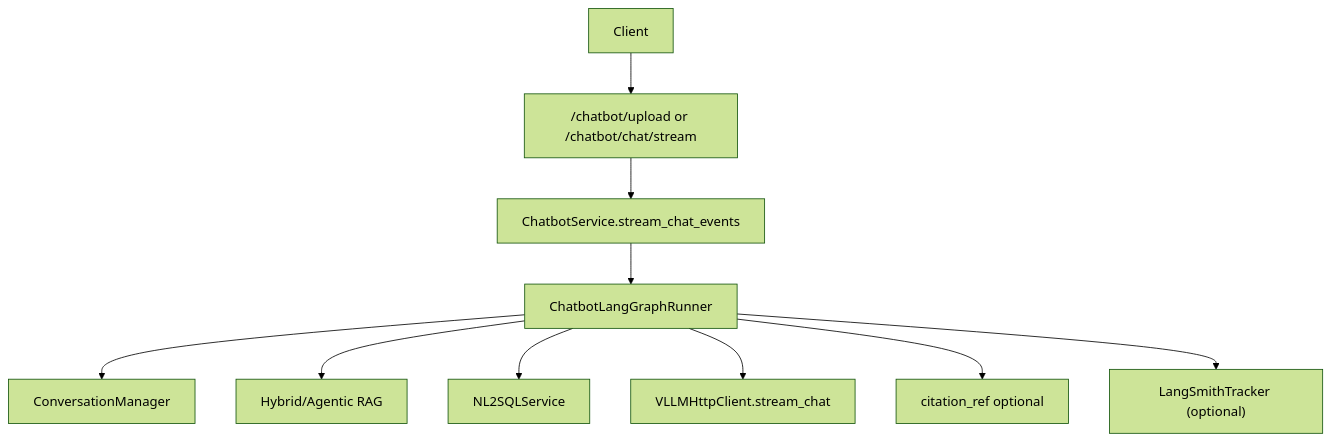
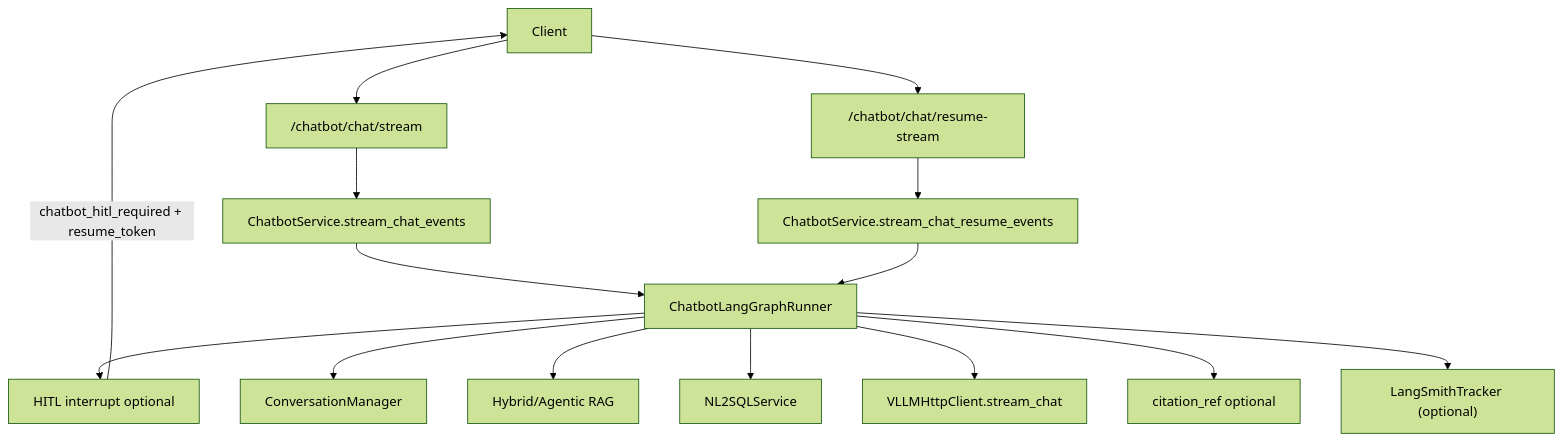
Before and after one commit to gaocf888/models_app_framework: the first of 2 diagrams in framework-guide/智能客服整体实现技术说明.md, drawn with Mermaid (forest theme). The commit also changed other lines of this file and 3 other files, not shown here.

````diff
--- a/framework-guide/智能客服整体实现技术说明.md
+++ b/framework-guide/智能客服整体实现技术说明.md
@@ -195,12 +203,17 @@
 ```mermaid
 flowchart TB
-    Client["Client"] --> API["/chatbot/upload or /chatbot/chat/stream"]
+    Client["Client"] --> API["/chatbot/chat/stream"]
+    Client --> Resume["/chatbot/chat/resume-stream"]
     API --> Svc["ChatbotService.stream_chat_events"]
+    Resume --> SvcR["ChatbotService.stream_chat_resume_events"]
     Svc --> Graph["ChatbotLangGraphRunner"]
+    SvcR --> Graph
+    Graph --> Hitl["HITL interrupt optional"]
+    Hitl -->|"chatbot_hitl_required + resume_token"| Client
     Graph --> Conv["ConversationManager"]
     Graph --> RAG["Hybrid/Agentic RAG"]
     Graph --> NL2SQL["NL2SQLService"]
     Graph --> LLM["VLLMHttpClient.stream_chat"]
     Graph --> Cit["citation_ref optional"]
     Graph --> Obs["LangSmithTracker (optional)"]
 ```
````
